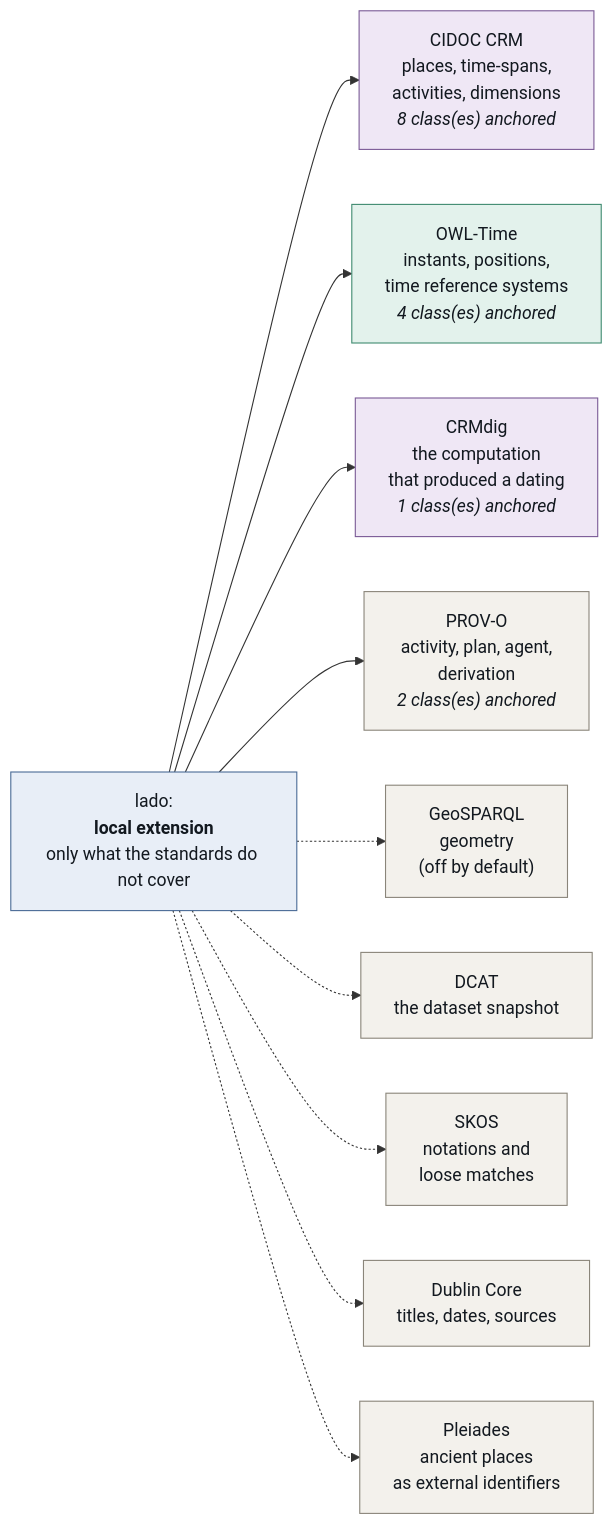
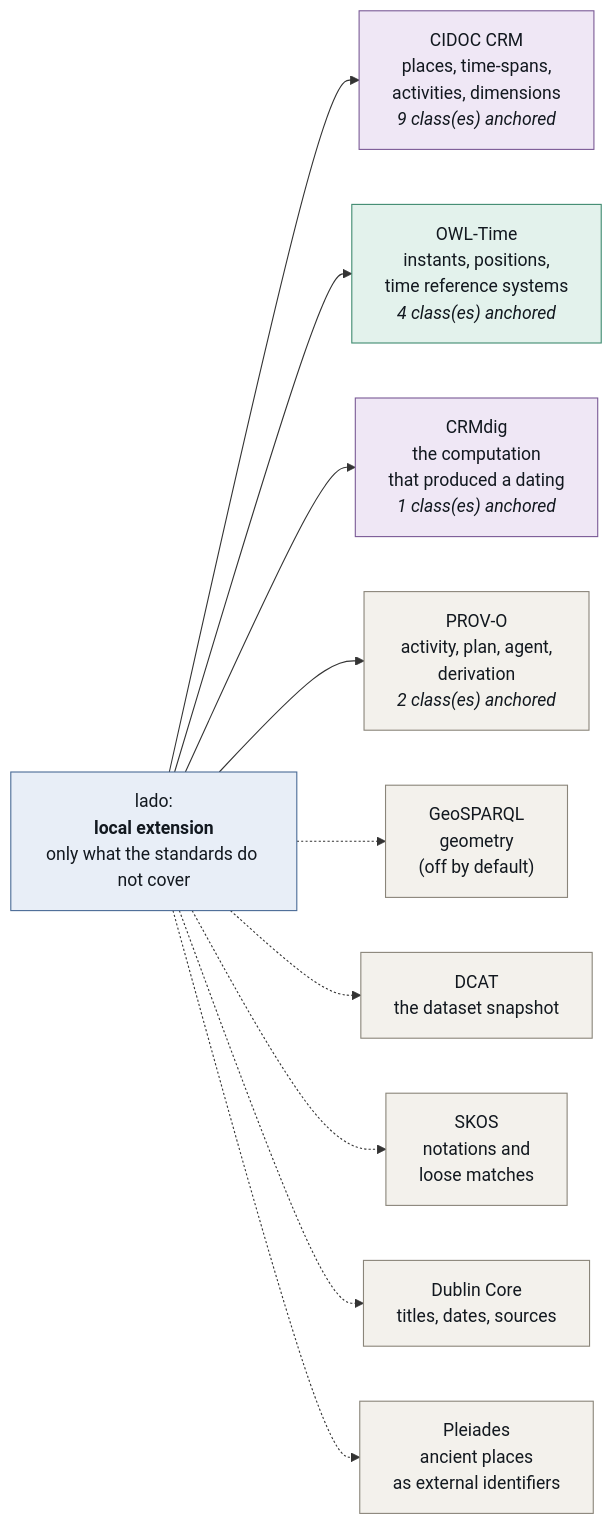
The diagram in docs/diagrams/vocabularies.mmd (leiza-rse/IPSDatedSites), drawn with Mermaid before and after one commit. The commit also changed 33 other files, not shown here.

```diff
--- a/docs/diagrams/vocabularies.mmd
+++ b/docs/diagrams/vocabularies.mmd
@@ -1,31 +1,31 @@
 flowchart LR
     LADO["lado:<br/><b>local extension</b><br/>only what the standards do not cover"]
-    crm["CIDOC CRM<br/>places, time-spans,<br/>activities, dimensions<br/><i>8 class(es) anchored</i>"]
+    crm["CIDOC CRM<br/>places, time-spans,<br/>activities, dimensions<br/><i>9 class(es) anchored</i>"]
     LADO --> crm
     time["OWL-Time<br/>instants, positions,<br/>time reference systems<br/><i>4 class(es) anchored</i>"]
     LADO --> time
     crmdig["CRMdig<br/>the computation<br/>that produced a dating<br/><i>1 class(es) anchored</i>"]
     LADO --> crmdig
     prov["PROV-O<br/>activity, plan, agent,<br/>derivation<br/><i>2 class(es) anchored</i>"]
     LADO --> prov
     geo["GeoSPARQL<br/>geometry<br/>(off by default)"]
     LADO -.-> geo
     dcat["DCAT<br/>the dataset snapshot"]
     LADO -.-> dcat
     skos["SKOS<br/>notations and<br/>loose matches"]
     LADO -.-> skos
     dcterms["Dublin Core<br/>titles, dates, sources"]
     LADO -.-> dcterms
     pleiades["Pleiades<br/>ancient places<br/>as external identifiers"]
     LADO -.-> pleiades
 
     class LADO local
     class crm,crmdig crm
     class time time
     class prov,geo,dcat,skos,dcterms,pleiades ext
 
     classDef local fill:#e8eef7,stroke:#4a6b96,stroke-width:1px,color:#12181f
     classDef crm fill:#efe7f5,stroke:#7a5a96,stroke-width:1px,color:#12181f
     classDef time fill:#e3f2ec,stroke:#3f8a70,stroke-width:1px,color:#12181f
     classDef ext fill:#f3f1ec,stroke:#8a857a,stroke-width:1px,color:#12181f
     classDef io fill:#faf3e3,stroke:#a8872e,stroke-width:1px,color:#12181f
```
